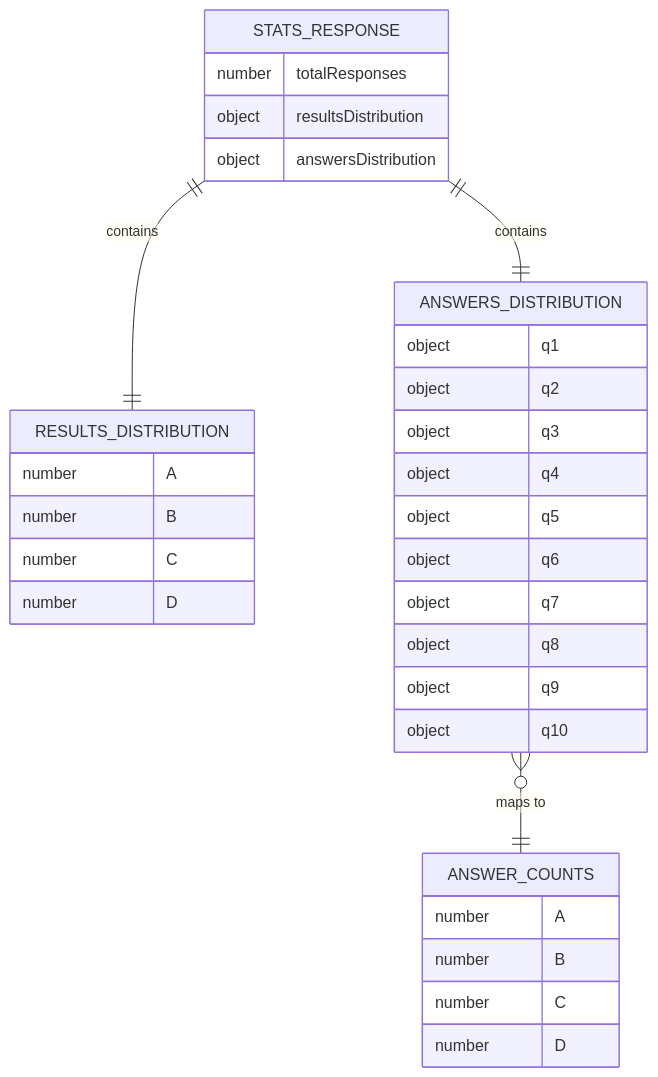
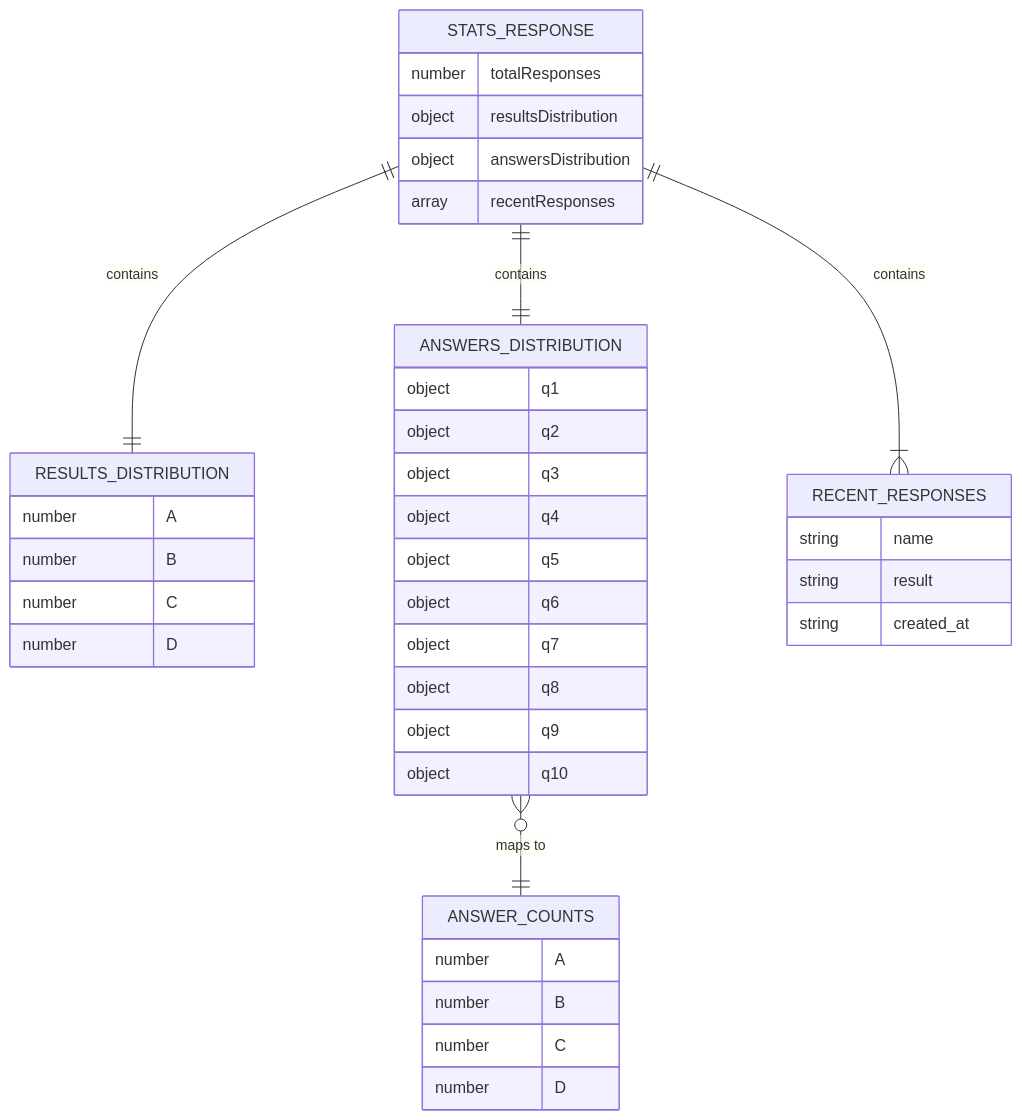
Before and after one commit to lommaks777/alena: the second of 4 diagrams in .qoder/repowiki/en/content/Backend Architecture/Statistics API.md, drawn with Mermaid. The commit also changed other lines of this file and 19 other files, not shown here.

````diff
--- a/.qoder/repowiki/en/content/Backend Architecture/Statistics API.md
+++ b/.qoder/repowiki/en/content/Backend Architecture/Statistics API.md
@@ -63,35 +73,42 @@
 ```mermaid
 erDiagram
 STATS_RESPONSE {
 number totalResponses
 object resultsDistribution
 object answersDistribution
+array recentResponses
 }
 RESULTS_DISTRIBUTION {
 number A
 number B
 number C
 number D
 }
 ANSWERS_DISTRIBUTION {
 object q1
 object q2
 object q3
 object q4
 object q5
 object q6
 object q7
 object q8
 object q9
 object q10
 }
 ANSWER_COUNTS {
 number A
 number B
 number C
 number D
 }
+RECENT_RESPONSES {
+string name
+string result
+string created_at
+}
 STATS_RESPONSE ||--|| RESULTS_DISTRIBUTION : "contains"
 STATS_RESPONSE ||--|| ANSWERS_DISTRIBUTION : "contains"
+STATS_RESPONSE ||--|{ RECENT_RESPONSES : "contains"
 ANSWERS_DISTRIBUTION }o--|| ANSWER_COUNTS : "maps to"
 ```
````
